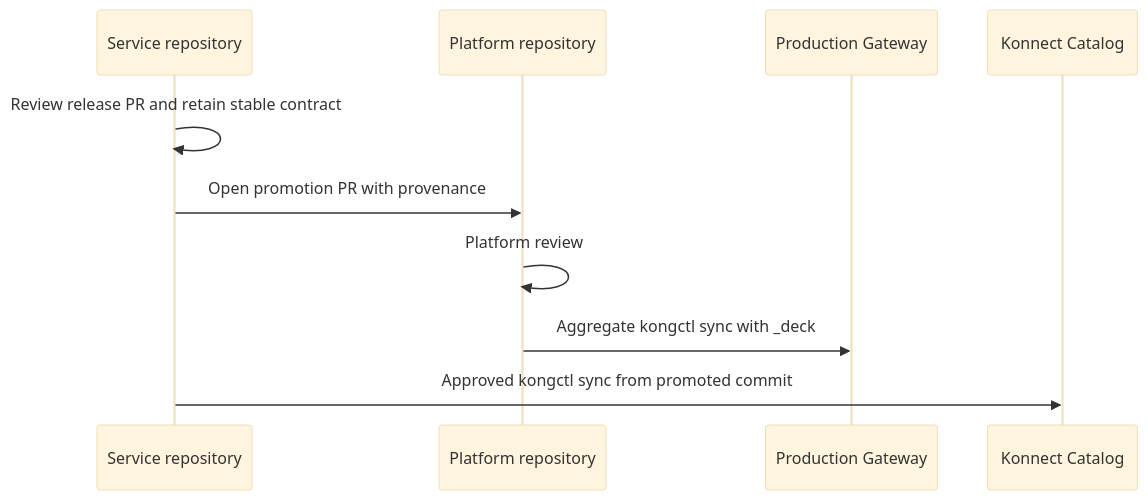
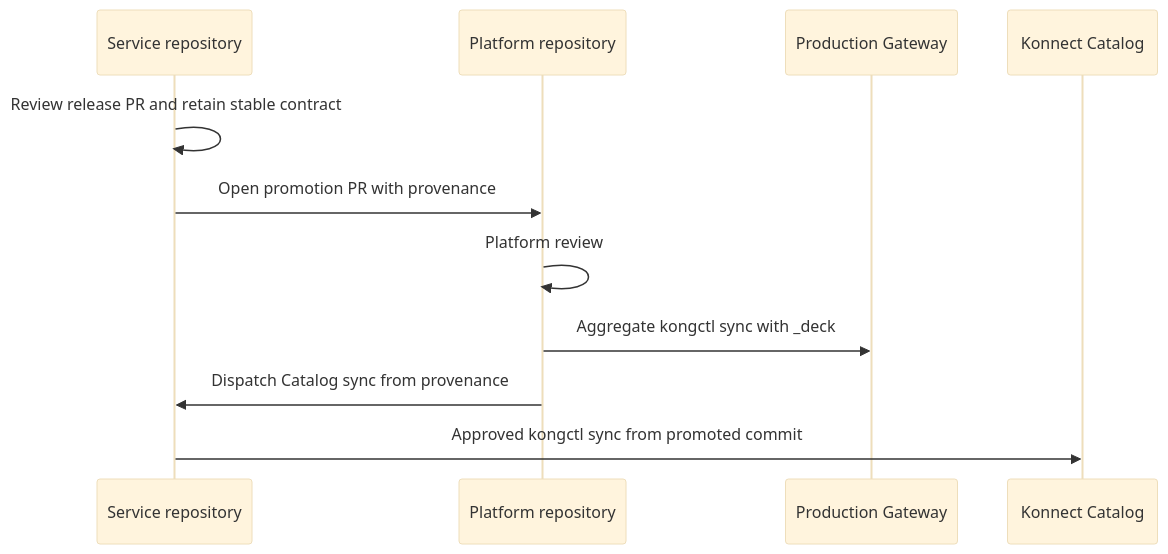
Before and after one commit to Kong/developer.konghq.com: the diagram in app/konnect-reference-platform/apiops.md, drawn with Mermaid (base theme). The commit also changed other lines of this file and 3 other files, not shown here.

```diff
--- a/app/konnect-reference-platform/apiops.md
+++ b/app/konnect-reference-platform/apiops.md
@@ -163,12 +165,13 @@
 {% mermaid %}
 sequenceDiagram
   participant S as Service repository
   participant P as Platform repository
   participant G as Production Gateway
   participant C as Konnect Catalog
   S->>S: Review release PR and retain stable contract
   S->>P: Open promotion PR with provenance
   P->>P: Platform review
   P->>G: Aggregate kongctl sync with _deck
+  P->>S: Dispatch Catalog sync from provenance
   S->>C: Approved kongctl sync from promoted commit
 {% endmermaid %}
```
